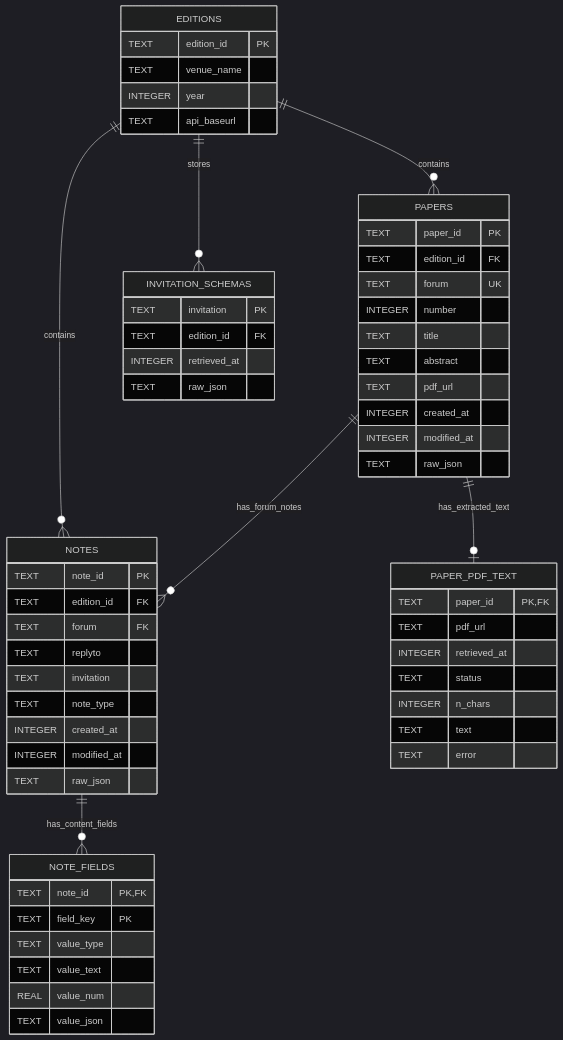
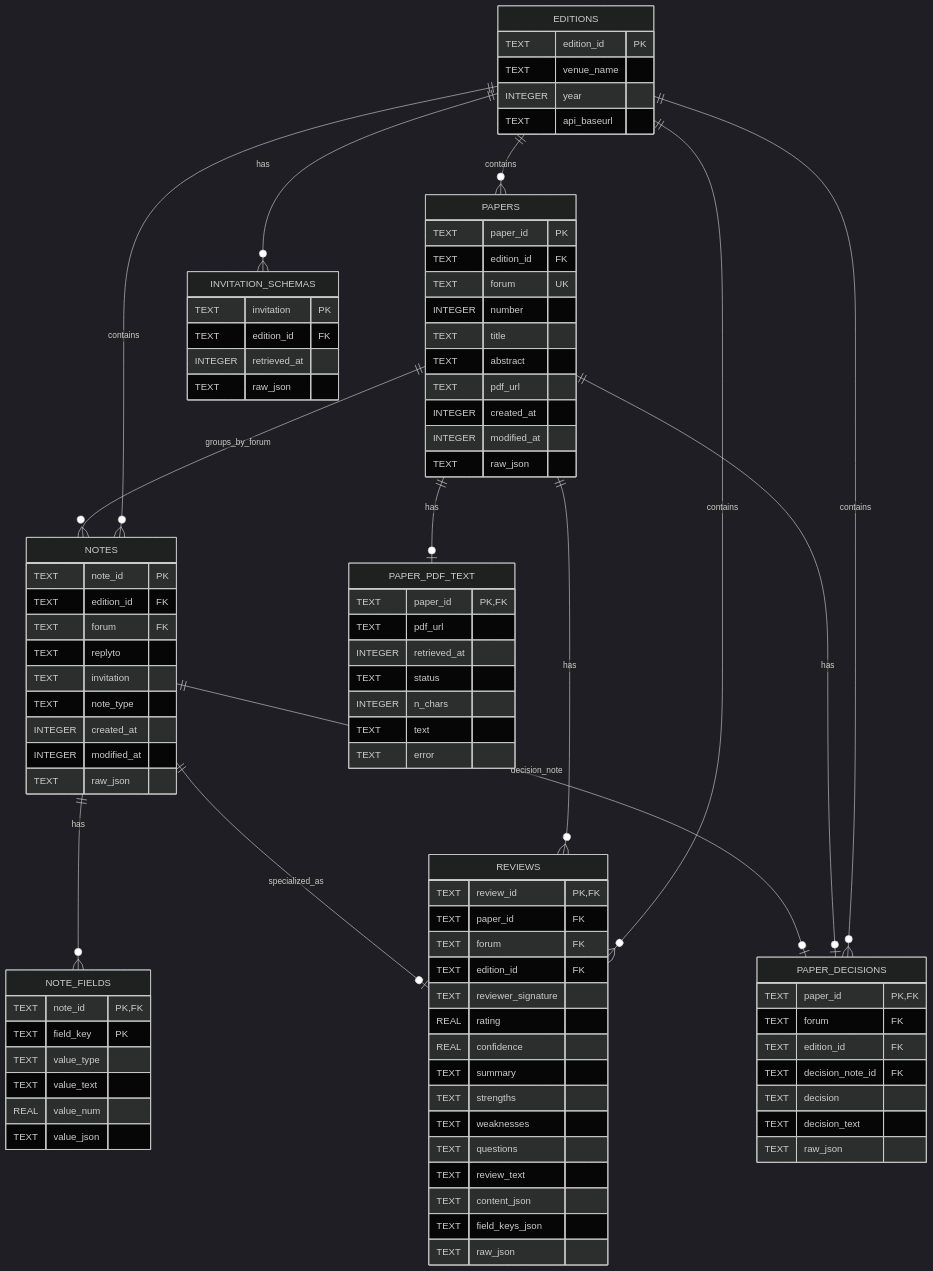
The diagram in docs/database_schema.md (VericaD/LLM-conference-community), drawn with Mermaid (dark theme) before and after one commit.

Commit message:
Update database schema with new relationships and fields

````diff
--- a/docs/database_schema.md
+++ b/docs/database_schema.md
@@ -4,10 +4,18 @@
 erDiagram
     EDITIONS ||--o{ PAPERS : contains
     EDITIONS ||--o{ NOTES : contains
-    EDITIONS ||--o{ INVITATION_SCHEMAS : stores
-    PAPERS ||--o{ NOTES : has_forum_notes
-    NOTES ||--o{ NOTE_FIELDS : has_content_fields
-    PAPERS ||--o| PAPER_PDF_TEXT : has_extracted_text
+    EDITIONS ||--o{ INVITATION_SCHEMAS : has
+    EDITIONS ||--o{ REVIEWS : contains
+    EDITIONS ||--o{ PAPER_DECISIONS : contains
+
+    PAPERS ||--o{ NOTES : groups_by_forum
+    PAPERS ||--o{ REVIEWS : has
+    PAPERS ||--o| PAPER_DECISIONS : has
+    PAPERS ||--o| PAPER_PDF_TEXT : has
+
+    NOTES ||--o{ NOTE_FIELDS : has
+    NOTES ||--o| REVIEWS : specialized_as
+    NOTES ||--o| PAPER_DECISIONS : decision_note
 
     EDITIONS {
         TEXT edition_id PK
@@ -66,4 +74,32 @@
         TEXT text
         TEXT error
     }
+
+    REVIEWS {
+        TEXT review_id PK, FK
+        TEXT paper_id FK
+        TEXT forum FK
+        TEXT edition_id FK
+        TEXT reviewer_signature
+        REAL rating
+        REAL confidence
+        TEXT summary
+        TEXT strengths
+        TEXT weaknesses
+        TEXT questions
+        TEXT review_text
+        TEXT content_json
+        TEXT field_keys_json
+        TEXT raw_json
+    }
+
+    PAPER_DECISIONS {
+        TEXT paper_id PK, FK
+        TEXT forum FK
+        TEXT edition_id FK
+        TEXT decision_note_id FK
+        TEXT decision
+        TEXT decision_text
+        TEXT raw_json
+    }
 ```
````
